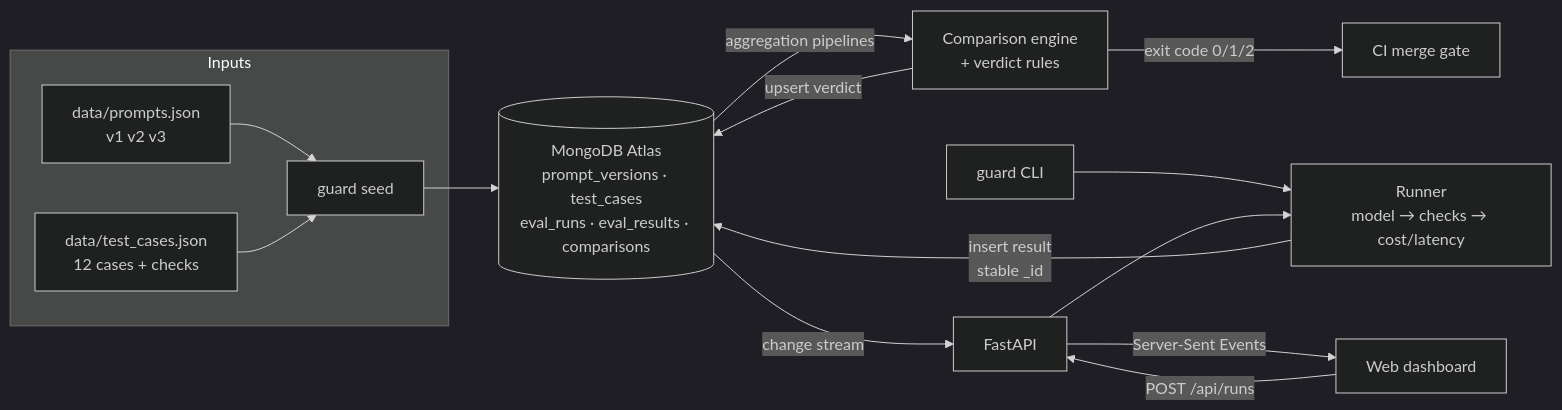
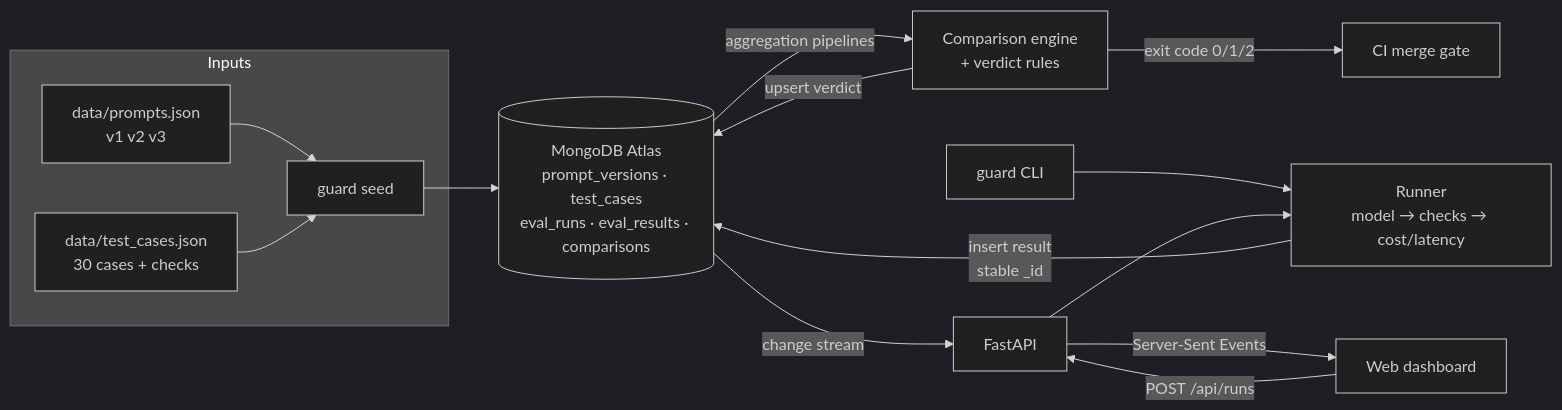
The diagram in README.md (Gautam-eng19/PARAKH), drawn with Mermaid (dark theme) before and after one commit. The commit also changed other lines of this file and 16 other files, not shown here.

````diff
--- a/README.md
+++ b/README.md
@@ -72,17 +93,17 @@
 ```mermaid
 flowchart LR
     subgraph Inputs
       P[data/prompts.json<br/>v1 v2 v3] --> S
-      T[data/test_cases.json<br/>12 cases + checks] --> S
+      T[data/test_cases.json<br/>30 cases + checks] --> S
     end
     S[guard seed] --> DB
     UI[Web dashboard] -- POST /api/runs --> API[FastAPI]
     CLI[guard CLI] --> R
     API --> R[Runner<br/>model → checks → cost/latency]
     R -- insert result<br/>stable _id --> DB[(MongoDB Atlas<br/>prompt_versions · test_cases<br/>eval_runs · eval_results · comparisons)]
     DB -- aggregation pipelines --> C[Comparison engine<br/>+ verdict rules]
     C -- upsert verdict --> DB
     DB -- change stream --> API
     API -- Server-Sent Events --> UI
     C -- exit code 0/1/2 --> CI[CI merge gate]
 ```
````
